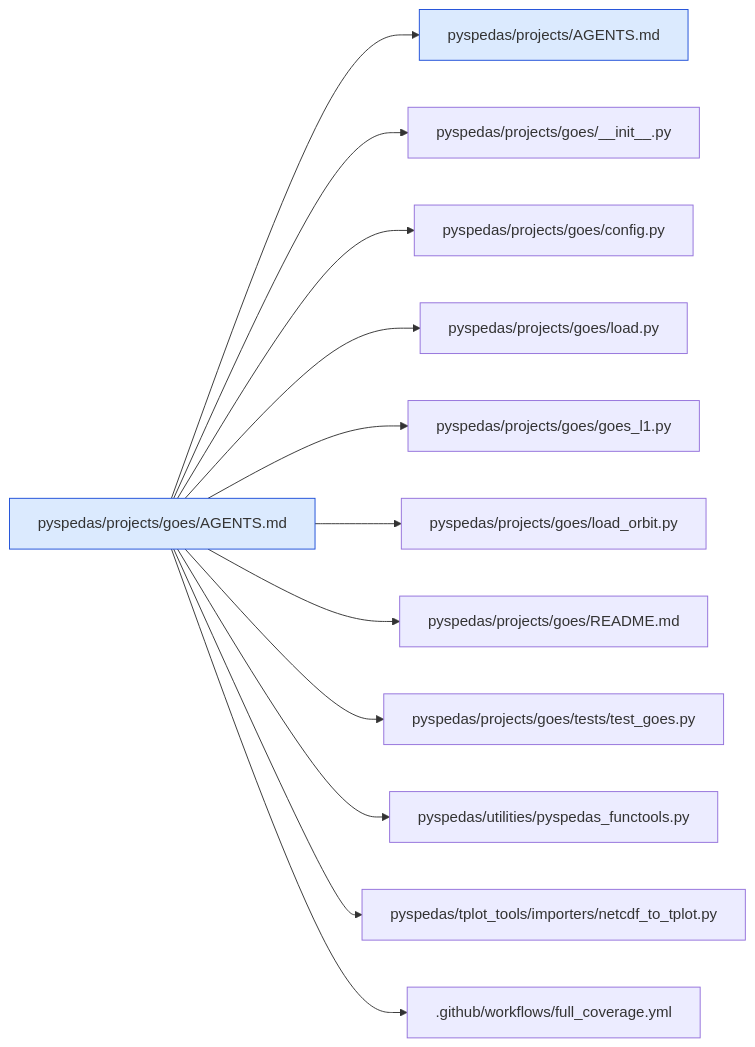
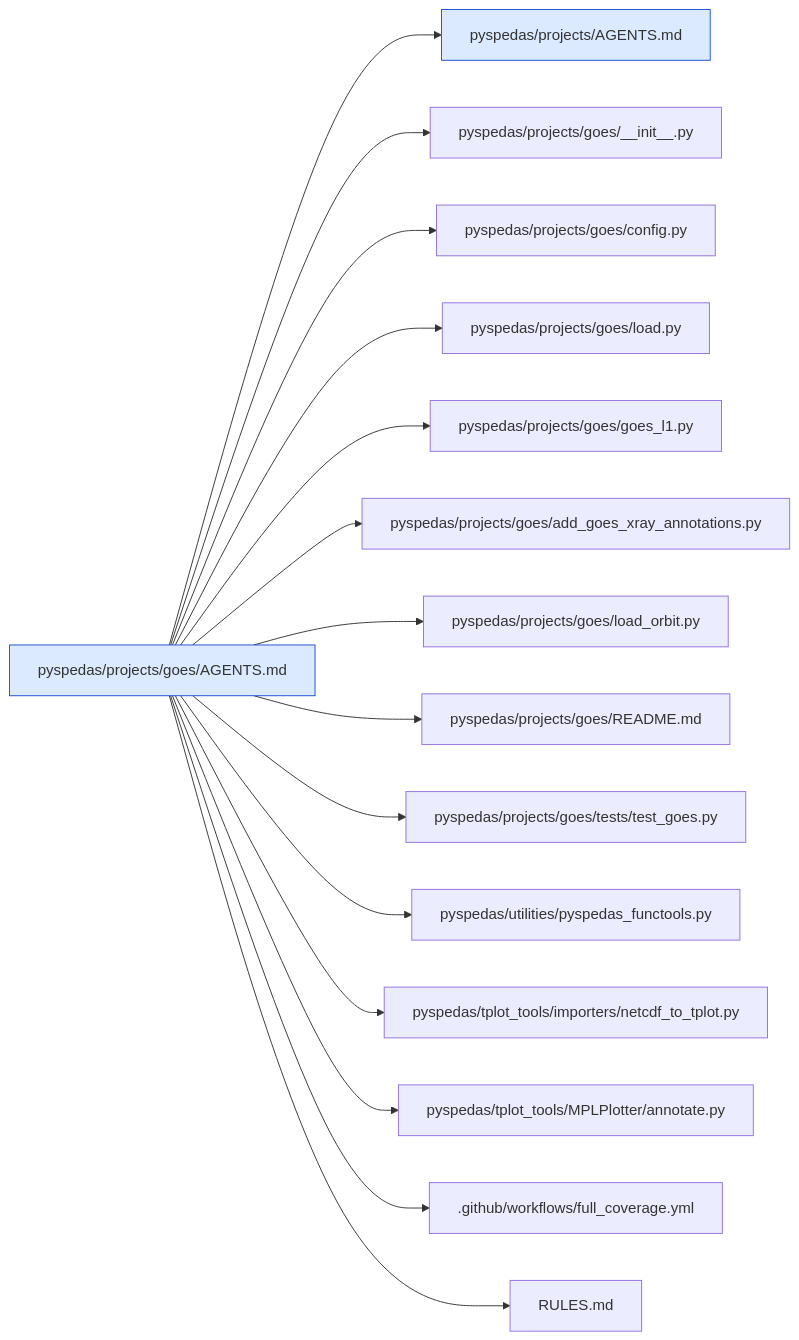
Before and after one commit to spedas/pyspedas: diagram 20 of 44 in .agents/map/MAP.md, drawn with Mermaid. The commit also changed other lines of this file and 75 other files, not shown here.

````diff
--- a/.agents/map/MAP.md
+++ b/.agents/map/MAP.md
@@ -806,17 +860,20 @@
 ```mermaid
 graph LR
   classDef agents fill:#dbeafe,stroke:#1d4ed8
   classDef missing fill:#fee2e2,stroke:#b91c1c,stroke-dasharray:4
   self["pyspedas/projects/goes/AGENTS.md"]:::agents
   self --> r0["pyspedas/projects/AGENTS.md"]:::agents
   self --> r1["pyspedas/projects/goes/__init__.py"]
   self --> r2["pyspedas/projects/goes/config.py"]
   self --> r3["pyspedas/projects/goes/load.py"]
   self --> r4["pyspedas/projects/goes/goes_l1.py"]
-  self --> r5["pyspedas/projects/goes/load_orbit.py"]
-  self --> r6["pyspedas/projects/goes/README.md"]
-  self --> r7["pyspedas/projects/goes/tests/test_goes.py"]
-  self --> r8["pyspedas/utilities/pyspedas_functools.py"]
-  self --> r9["pyspedas/tplot_tools/importers/netcdf_to_tplot.py"]
-  self --> r10[".github/workflows/full_coverage.yml"]
+  self --> r5["pyspedas/projects/goes/add_goes_xray_annotations.py"]
+  self --> r6["pyspedas/projects/goes/load_orbit.py"]
+  self --> r7["pyspedas/projects/goes/README.md"]
+  self --> r8["pyspedas/projects/goes/tests/test_goes.py"]
+  self --> r9["pyspedas/utilities/pyspedas_functools.py"]
+  self --> r10["pyspedas/tplot_tools/importers/netcdf_to_tplot.py"]
+  self --> r11["pyspedas/tplot_tools/MPLPlotter/annotate.py"]
+  self --> r12[".github/workflows/full_coverage.yml"]
+  self --> r13["RULES.md"]
 ```
````
